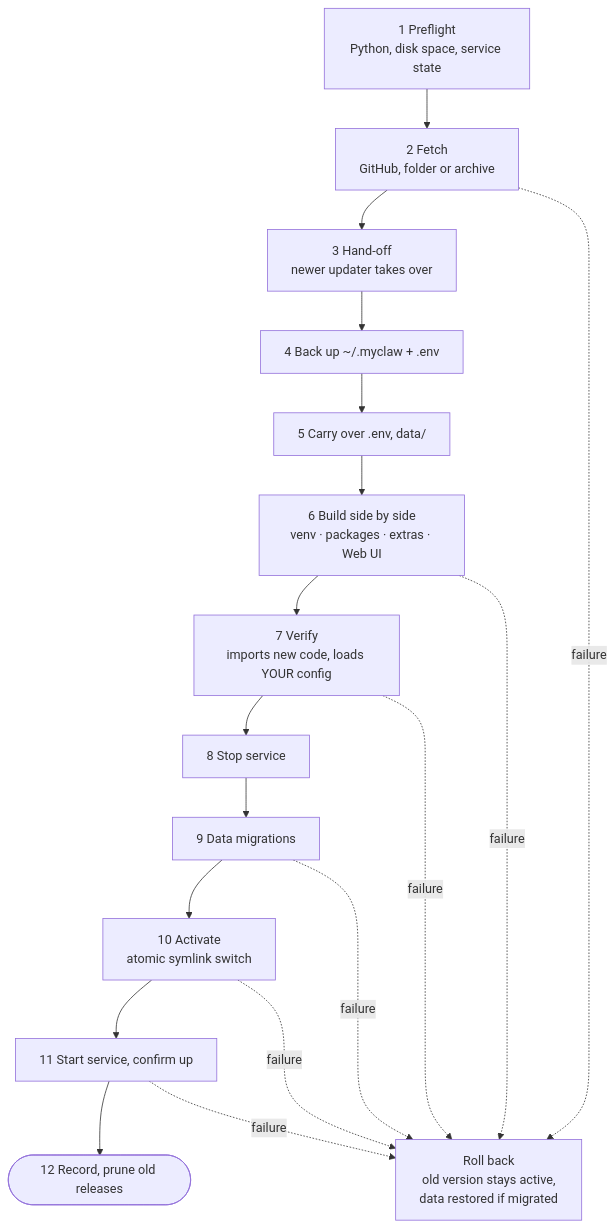
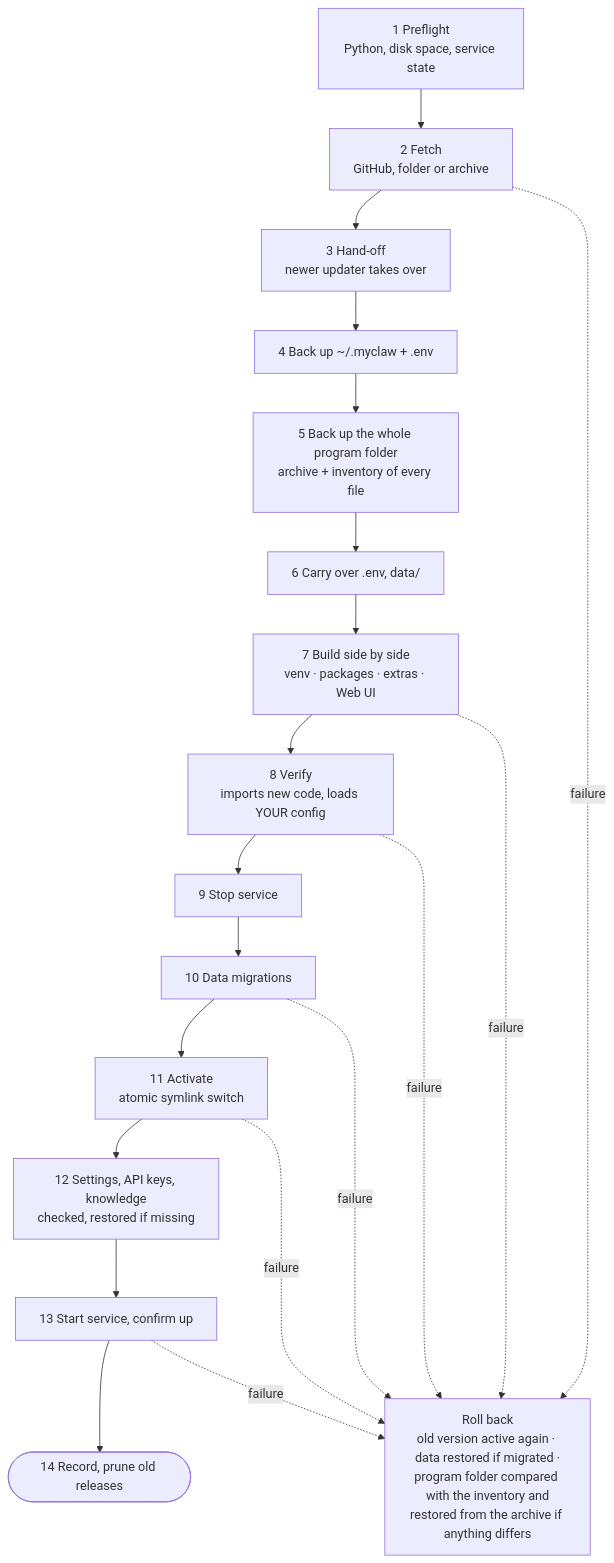
The ninth of 14 diagrams in docs/architecture_diagram.md (adrianx26/zensynora), drawn with Mermaid before and after one commit. The commit also changed other lines of this file and 86 other files, not shown here.

````diff
--- a/docs/architecture_diagram.md
+++ b/docs/architecture_diagram.md
@@ -294,16 +323,18 @@
 ```mermaid
 flowchart TD
     s1["1 Preflight<br/>Python, disk space, service state"] --> s2["2 Fetch<br/>GitHub, folder or archive"]
     s2 --> s3["3 Hand-off<br/>newer updater takes over"]
     s3 --> s4["4 Back up ~/.myclaw + .env"]
-    s4 --> s5["5 Carry over .env, data/"]
-    s5 --> s6["6 Build side by side<br/>venv · packages · extras · Web UI"]
-    s6 --> s7["7 Verify<br/>imports new code, loads YOUR config"]
-    s7 --> s8["8 Stop service"]
-    s8 --> s9["9 Data migrations"]
-    s9 --> s10["10 Activate<br/>atomic symlink switch"]
-    s10 --> s11["11 Start service, confirm up"]
-    s11 --> s12(["12 Record, prune old releases"])
+    s4 --> s5["5 Back up the whole program folder<br/>archive + inventory of every file"]
+    s5 --> s6["6 Carry over .env, data/"]
+    s6 --> s7["7 Build side by side<br/>venv · packages · extras · Web UI"]
+    s7 --> s8["8 Verify<br/>imports new code, loads YOUR config"]
+    s8 --> s9["9 Stop service"]
+    s9 --> s10["10 Data migrations"]
+    s10 --> s11["11 Activate<br/>atomic symlink switch"]
+    s11 --> s12["12 Settings, API keys, knowledge<br/>checked, restored if missing"]
+    s12 --> s13["13 Start service, confirm up"]
+    s13 --> s14(["14 Record, prune old releases"])
 
-    s2 & s6 & s7 & s9 & s10 & s11 -. "failure" .-> rb["Roll back<br/>old version stays active,<br/>data restored if migrated"]
+    s2 & s7 & s8 & s10 & s11 & s13 -. "failure" .-> rb["Roll back<br/>old version active again · data restored if migrated ·<br/>program folder compared with the inventory and<br/>restored from the archive if anything differs"]
 ```
````
